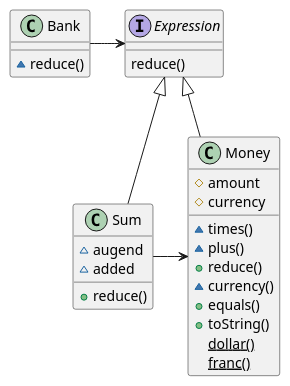
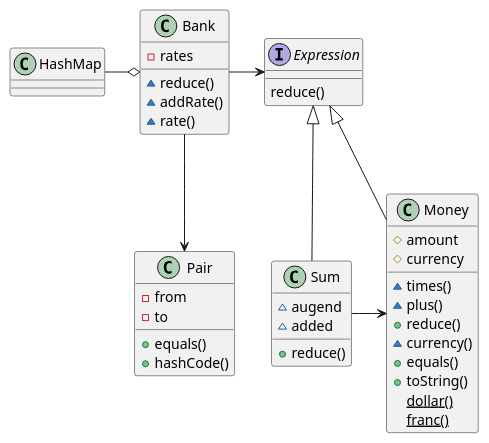
One commit to k2works/etude_for_java changed the diagram in docs/_tdd.md. Above: the diagram before and after it, drawn with PlantUML. The commit also changed other lines of this file and 8 other files, not shown here.

````diff
--- a/docs/_tdd.md
+++ b/docs/_tdd.md
@@ -41,29 +41,40 @@
 ```puml
 class Money {
   #amount
   #currency
   ~times()
   ~plus()
   +reduce()
   ~currency()
   +equals()
   +toString()
   {static}dollar()
   {static}franc()
 }
 interface Expression {
   reduce()
 }
 class Bank {
+  -rates
   ~reduce()
+  ~addRate()
+  ~rate()
 }
 class Sum {
   ~augend
   ~added
   +reduce()  
 }
+class Pair {
+  -from
+  -to
+  +equals()
+  +hashCode()
+}
 Expression <|-- Money
 Bank -> Expression
 Expression <|-- Sum
 Sum -> Money
+Bank o-l HashMap
+Bank --> Pair
 ```
````
